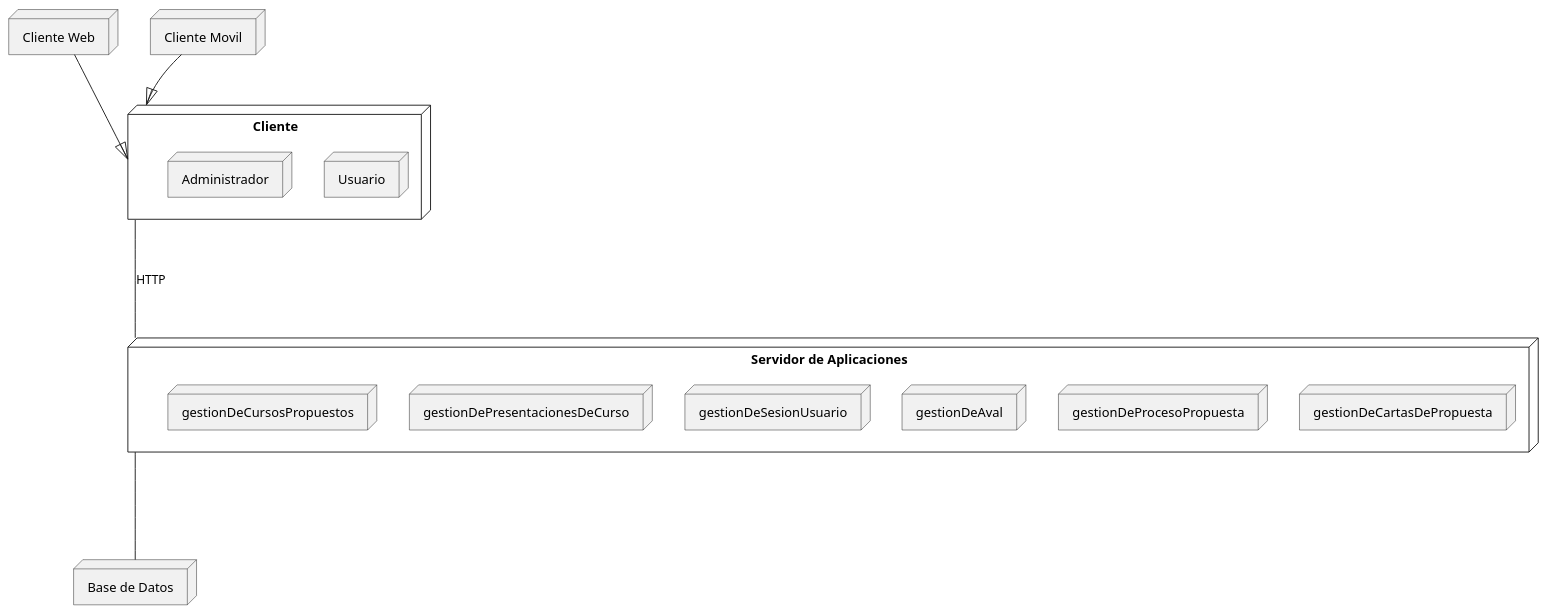
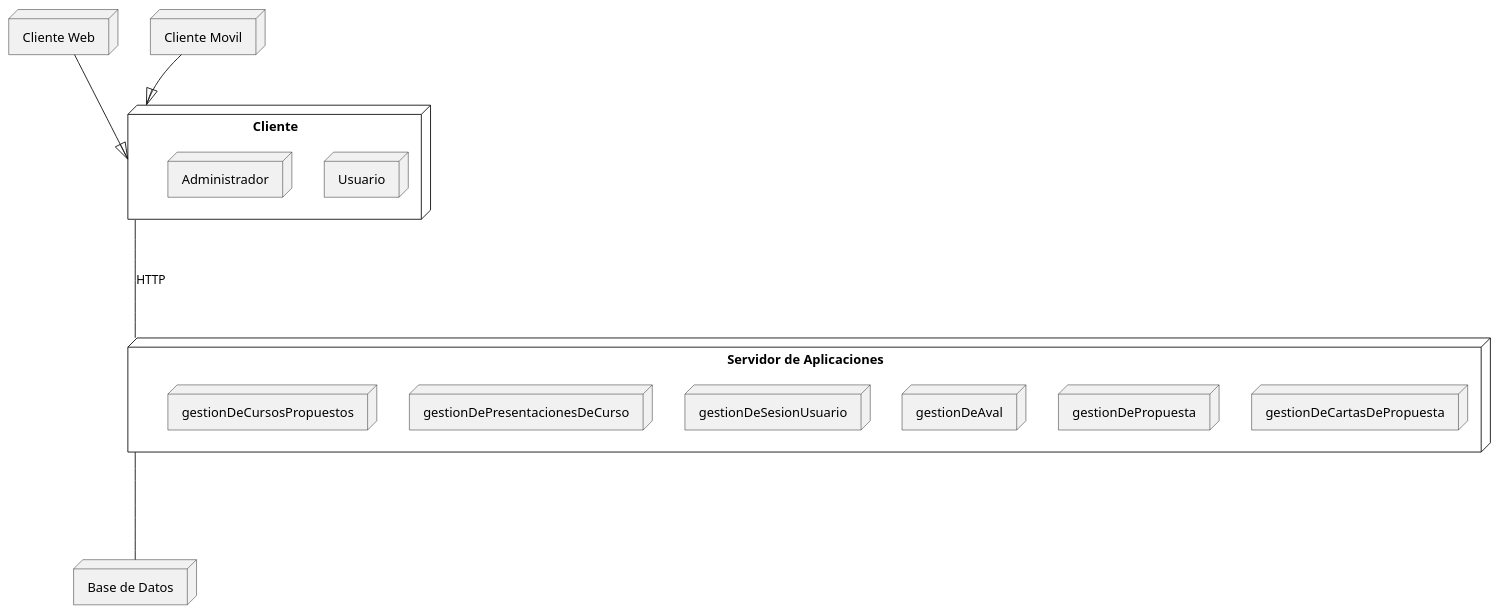
The diagram in docs/designView/DisciplinaDeDisenio/DiagramaDeDespliegue.plantuml (Samantha-Ramirez/ProyectoEquipo7ING), drawn with PlantUML before and after one commit. The commit also changed 5 other files, not shown here.

Commit message:
Cambios en diagramas 3107

```diff
--- a/docs/designView/DisciplinaDeDisenio/DiagramaDeDespliegue.plantuml
+++ b/docs/designView/DisciplinaDeDisenio/DiagramaDeDespliegue.plantuml
@@ -1,62 +1,62 @@
 @startuml DiagramaDeDespliegue
 
 node "Cliente" as client {
   node "Usuario" {
   }
   node "Administrador" {
   }
 }
 
 node "Cliente Web" as webClient {
   
 }
 
 node "Cliente Movil" as mobileClient {
   
 }
 
 node "Servidor de Aplicaciones" as appServer {
   node "gestionDeCartasDePropuesta" {
     ' [GenerarCartaDeCompromiso]
     ' [FirmarCartaDeIntencion]
   }
   
-  node "gestionDeProcesoPropuesta" {
+  node "gestionDePropuesta" {
     ' [RegistrarRecaudos]
     ' [CargarFormulacionDelCursoDeExtension]
   }
 
   node "gestionDeAval" {
     ' [EvaluarInformacionConsignada]
     ' [ResponderEvaluacionDeAval]
   }
 
   node "gestionDeSesionUsuario" {
     ' [IniciarSesion]
     ' [Registrarse]
     ' [VerDashboard]
     ' [CerrarSesion]
   }
 
   node "gestionDePresentacionesDeCurso" {
     ' [PresentarCronogramaDeEjecucion]
     ' [PresentarEstructuraDeCostosEIngreso]
   }
 
   node "gestionDeCursosPropuestos" {
     ' [VerEstadoDeAval]
     ' [VerCursosPropuestos]
     ' [VerExpediente]
   }
 }
 
 node "Base de Datos" as db {
   ' node "CourseManagerUCV" {
   ' }
 }
 webClient --|> client
 mobileClient --|> client
 client -d-- appServer : HTTP
 appServer -d-- db
 
 @enduml
```
